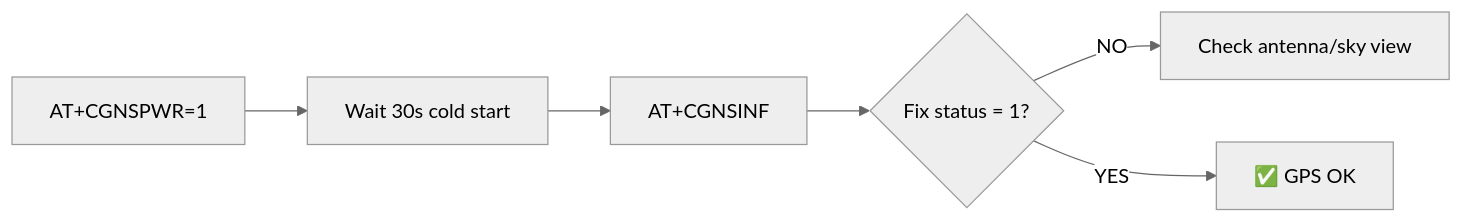
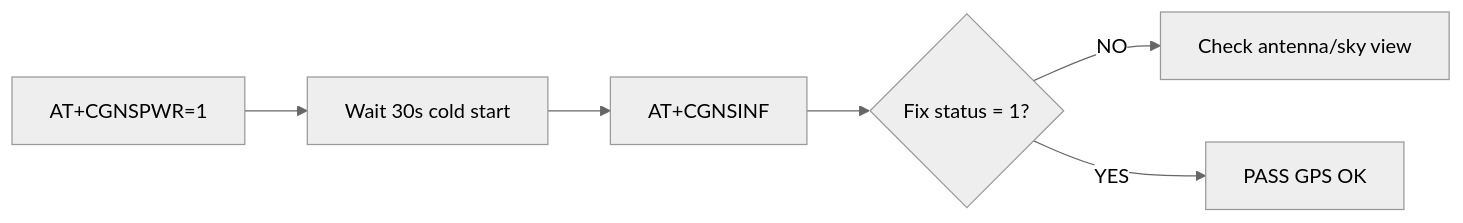
The sixth of 8 diagrams in docs/TESTING.md (qppd/smart-vehicle-impact-detection-device), drawn with Mermaid (neutral theme) before and after one commit. The commit also changed other lines of this file and 10 other files, not shown here.

````diff
--- a/docs/TESTING.md
+++ b/docs/TESTING.md
@@ -122,8 +122,8 @@
 ```mermaid
 flowchart LR
     PWR["AT+CGNSPWR=1"] --> WAIT["Wait 30s cold start"]
     WAIT --> INF["AT+CGNSINF"]
     INF --> FIX{"Fix status = 1?"}
     FIX -->|NO| ANT["Check antenna/sky view"]
-    FIX -->|YES| GPS_OK["✅ GPS OK"]
+    FIX -->|YES| GPS_OK["PASS GPS OK"]
 ```
````
